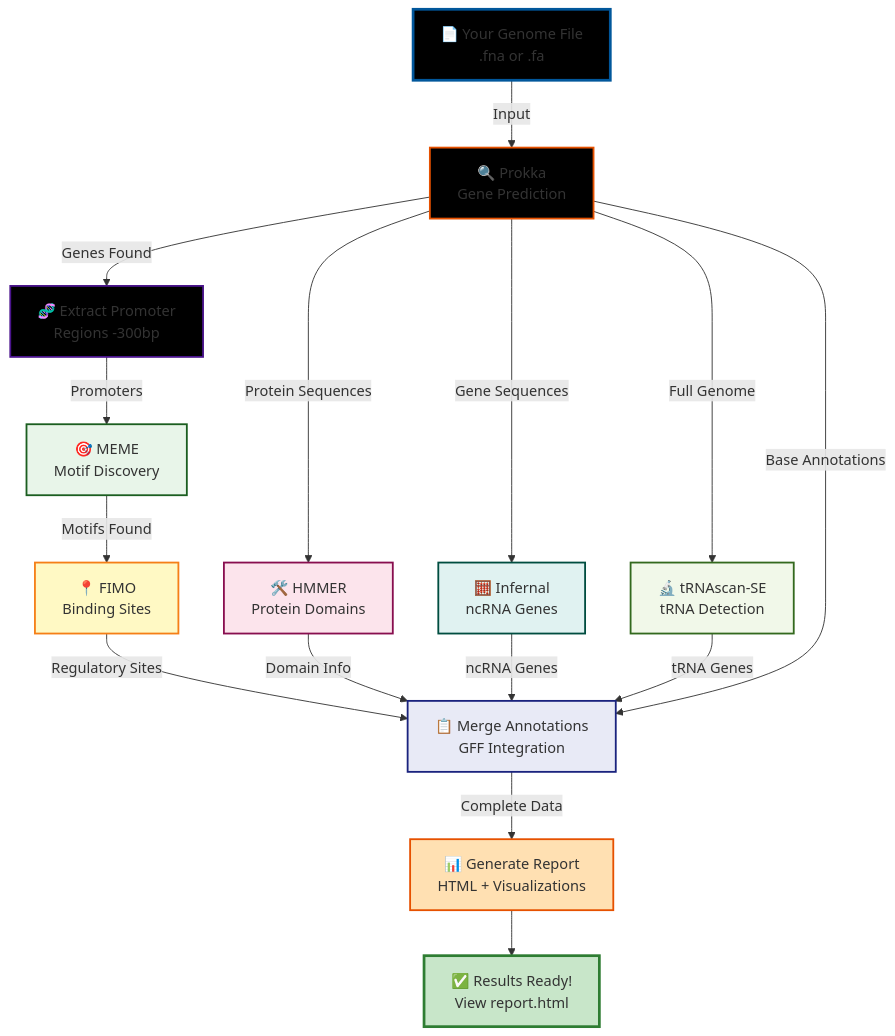
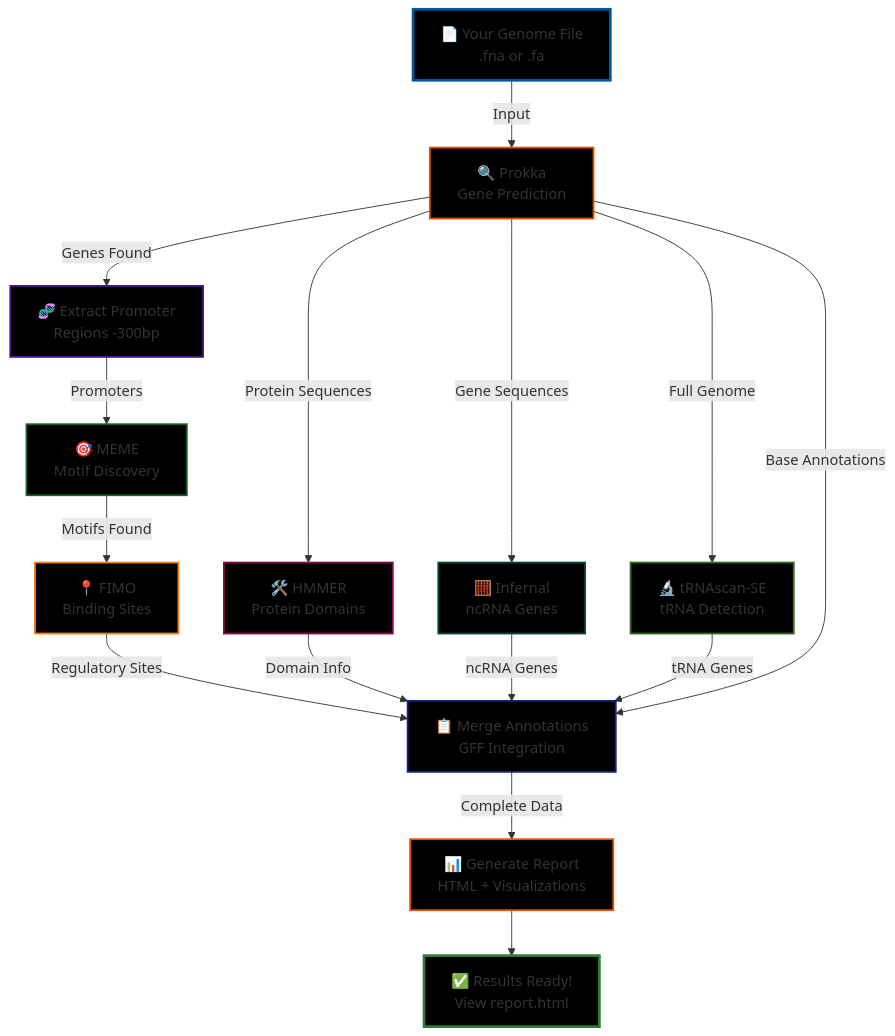
The diagram in group 7/README.md (Bharat-Genome-Database-BGDB/CoGe_Pipeline), drawn with Mermaid before and after one commit.

````diff
--- a/group 7/README.md
+++ b/group 7/README.md
@@ -301,33 +301,33 @@
 ```mermaid
 graph TB
     A[📄 Your Genome File<br/>.fna or .fa] -->|Input| B[🔍 Prokka<br/>Gene Prediction]
     
     B -->|Genes Found| C[🧬 Extract Promoter<br/>Regions -300bp]
     B -->|Protein Sequences| F[🛠️ HMMER<br/>Protein Domains]
     B -->|Gene Sequences| G[🧮 Infernal<br/>ncRNA Genes]
     B -->|Full Genome| H[🔬 tRNAscan-SE<br/>tRNA Detection]
     
     C -->|Promoters| D[🎯 MEME<br/>Motif Discovery]
     D -->|Motifs Found| E[📍 FIMO<br/>Binding Sites]
     
     E -->|Regulatory Sites| I[📋 Merge Annotations<br/>GFF Integration]
     F -->|Domain Info| I
     G -->|ncRNA Genes| I
     H -->|tRNA Genes| I
     B -->|Base Annotations| I
     
     I -->|Complete Data| J[📊 Generate Report<br/>HTML + Visualizations]
     J --> K[✅ Results Ready!<br/>View report.html]
     
     style A fill:#000000,stroke:#01579b,stroke-width:3px
     style B fill:#000000,stroke:#e65100,stroke-width:2px
     style C fill:#000000,stroke:#4a148c,stroke-width:2px
-    style D fill:#e8f5e9,stroke:#1b5e20,stroke-width:2px
-    style E fill:#fff9c4,stroke:#f57f17,stroke-width:2px
-    style F fill:#fce4ec,stroke:#880e4f,stroke-width:2px
-    style G fill:#e0f2f1,stroke:#004d40,stroke-width:2px
-    style H fill:#f1f8e9,stroke:#33691e,stroke-width:2px
-    style I fill:#e8eaf6,stroke:#1a237e,stroke-width:2px
-    style J fill:#ffe0b2,stroke:#e65100,stroke-width:2px
-    style K fill:#c8e6c9,stroke:#2e7d32,stroke-width:3px
+    style D fill:#000000,stroke:#1b5e20,stroke-width:2px
+    style E fill:#000000,stroke:#f57f17,stroke-width:2px
+    style F fill:#000000,stroke:#880e4f,stroke-width:2px
+    style G fill:#000000,stroke:#004d40,stroke-width:2px
+    style H fill:#000000,stroke:#33691e,stroke-width:2px
+    style I fill:#000000,stroke:#1a237e,stroke-width:2px
+    style J fill:#000000,stroke:#e65100,stroke-width:2px
+    style K fill:#000000,stroke:#2e7d32,stroke-width:3px
 ```
````
